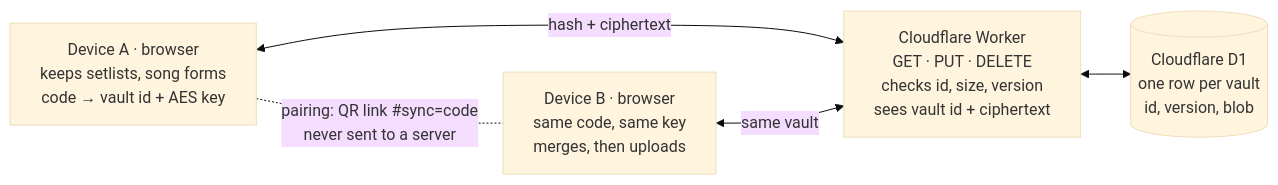
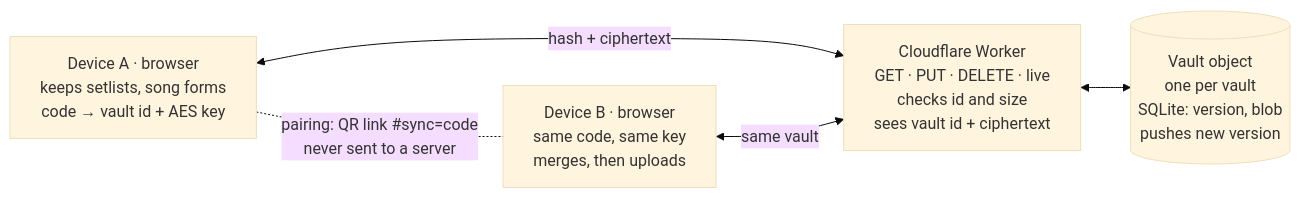
The diagram in docs/device-sync-plan.md (red-jackets-jazzband/website), drawn with Mermaid (base theme) before and after one commit. The commit also changed other lines of this file, not shown here.

First line of the commit message:
Sync plan: Durable Object per vault with live push

````diff
--- a/docs/device-sync-plan.md
+++ b/docs/device-sync-plan.md
@@ -9,11 +9,11 @@
 ```mermaid
 flowchart LR
     A["Device A · browser<br/>keeps setlists, song forms<br/>code → vault id + AES key"]
     B["Device B · browser<br/>same code, same key<br/>merges, then uploads"]
-    W["Cloudflare Worker<br/>GET · PUT · DELETE<br/>checks id, size, version<br/>sees vault id + ciphertext"]
-    D[("Cloudflare D1<br/>one row per vault<br/>id, version, blob")]
+    W["Cloudflare Worker<br/>GET · PUT · DELETE · live<br/>checks id and size<br/>sees vault id + ciphertext"]
+    D[("Vault object<br/>one per vault<br/>SQLite: version, blob<br/>pushes new version")]
     A <-- "hash + ciphertext" --> W
     B <-- "same vault" --> W
     W <--> D
     A -. "pairing: QR link #sync=code<br/>never sent to a server" .- B
 ```
````
